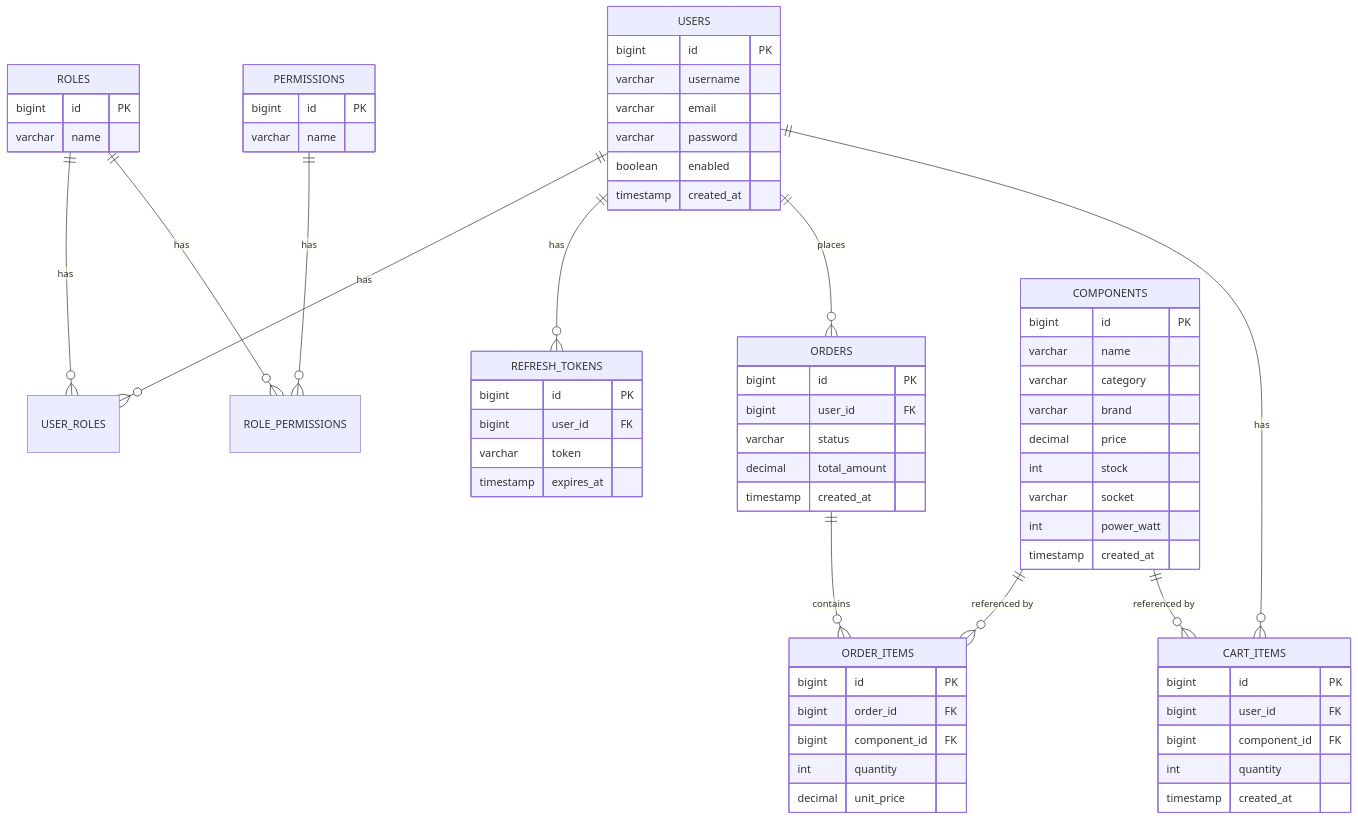
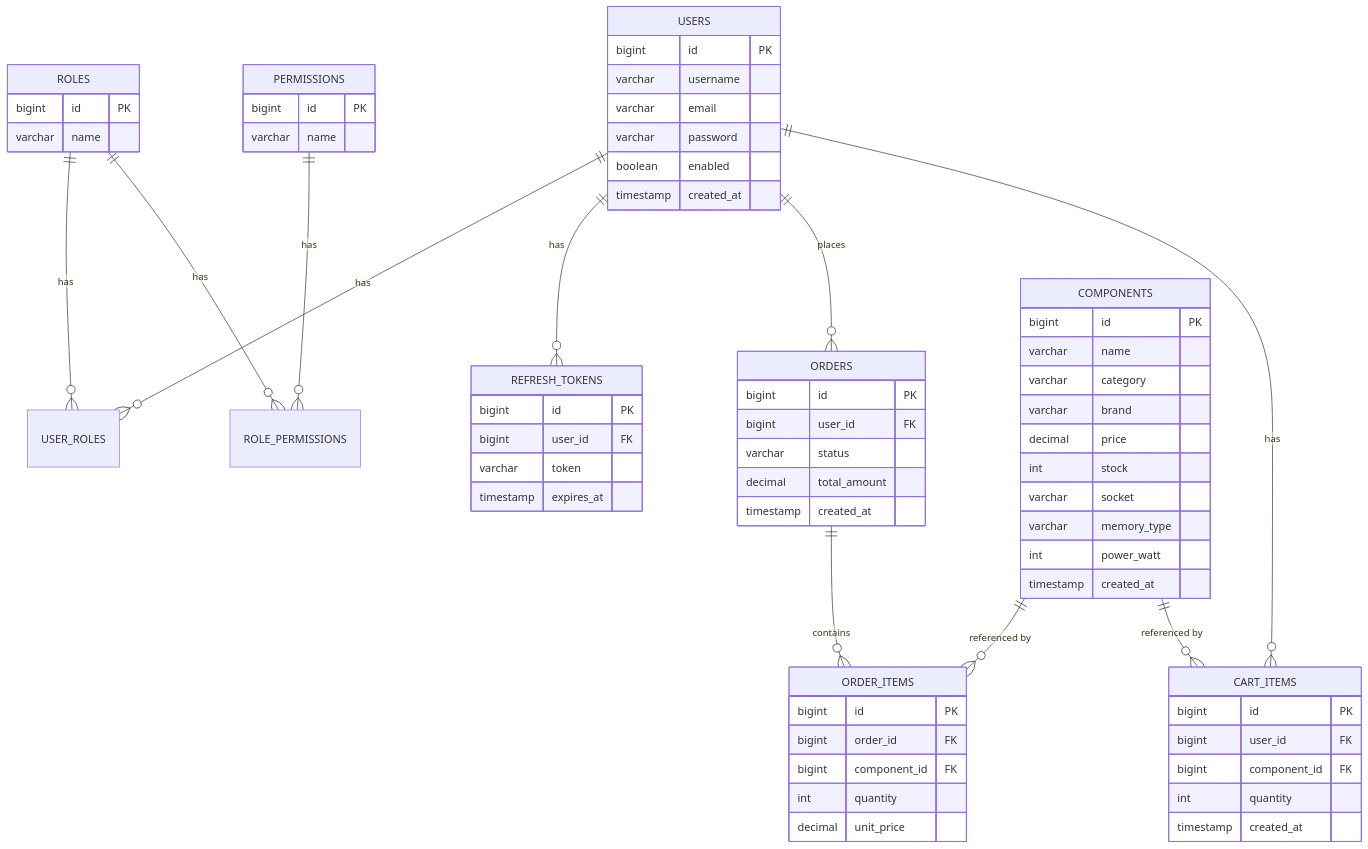
The diagram in README.md (a0981667889/hardware-shop-project), drawn with Mermaid before and after one commit. The commit also changed other lines of this file, not shown here.

````diff
--- a/README.md
+++ b/README.md
@@ -113,75 +114,76 @@
 ```mermaid
 erDiagram
     USERS ||--o{ USER_ROLES : has
     ROLES ||--o{ USER_ROLES : has
     ROLES ||--o{ ROLE_PERMISSIONS : has
     PERMISSIONS ||--o{ ROLE_PERMISSIONS : has
     USERS ||--o{ REFRESH_TOKENS : has
     USERS ||--o{ ORDERS : places
     USERS ||--o{ CART_ITEMS : has
     ORDERS ||--o{ ORDER_ITEMS : contains
     COMPONENTS ||--o{ ORDER_ITEMS : "referenced by"
     COMPONENTS ||--o{ CART_ITEMS : "referenced by"
 
     USERS {
         bigint id PK
         varchar username
         varchar email
         varchar password
         boolean enabled
         timestamp created_at
     }
 
     ROLES {
         bigint id PK
         varchar name
     }
 
     PERMISSIONS {
         bigint id PK
         varchar name
     }
 
     REFRESH_TOKENS {
         bigint id PK
         bigint user_id FK
         varchar token
         timestamp expires_at
     }
 
     COMPONENTS {
         bigint id PK
         varchar name
         varchar category
         varchar brand
         decimal price
         int stock
         varchar socket
+        varchar memory_type
         int power_watt
         timestamp created_at
     }
 
     ORDERS {
         bigint id PK
         bigint user_id FK
         varchar status
         decimal total_amount
         timestamp created_at
     }
 
     ORDER_ITEMS {
         bigint id PK
         bigint order_id FK
         bigint component_id FK
         int quantity
         decimal unit_price
     }
 
     CART_ITEMS {
         bigint id PK
         bigint user_id FK
         bigint component_id FK
         int quantity
         timestamp created_at
     }
 ```
````
